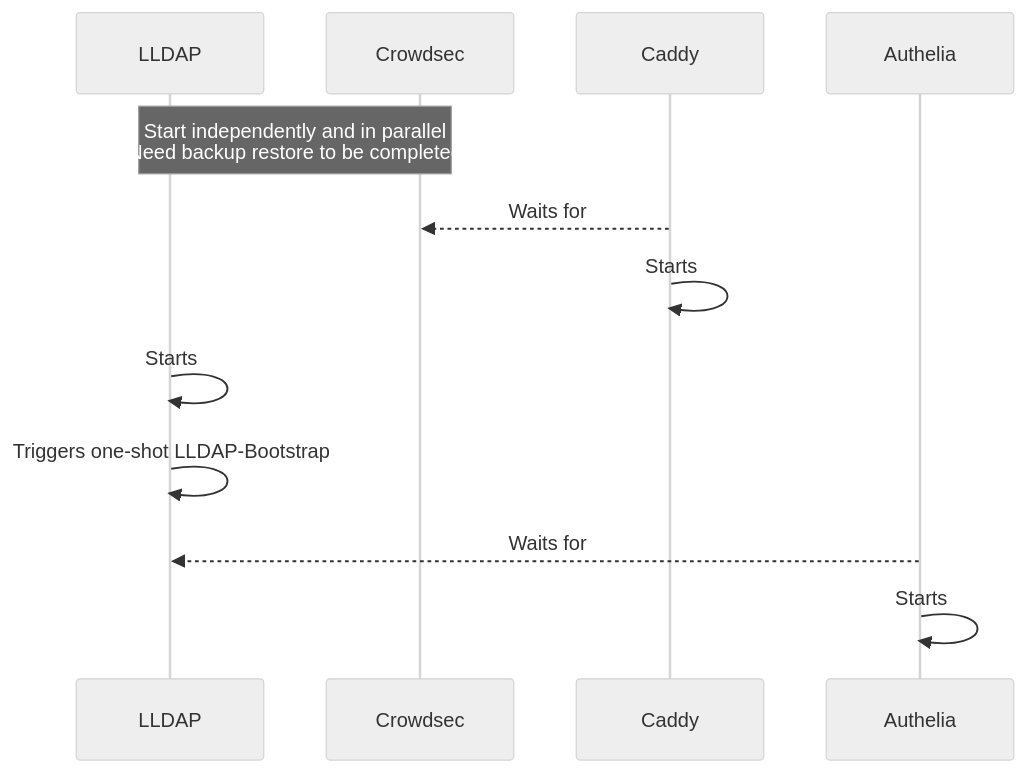
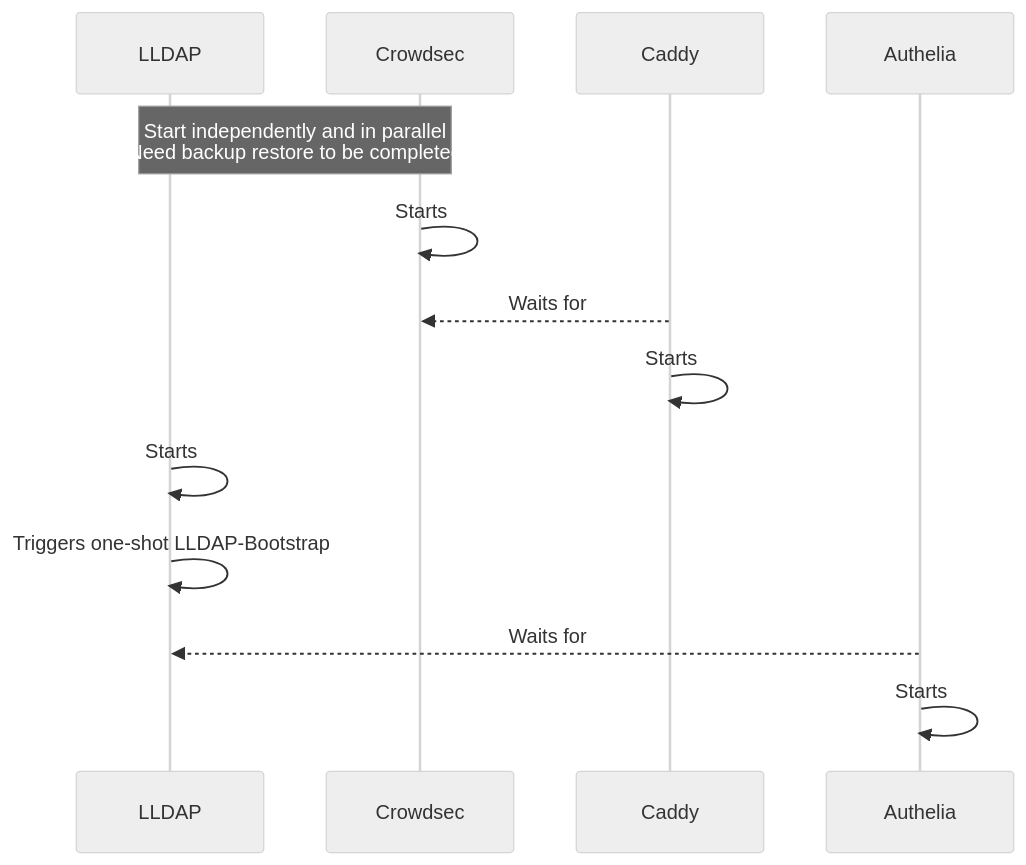
One commit to vic1707/homelab-config changed the diagram in vps/telstar/docs.md. Above: the diagram before and after it, drawn with Mermaid (neutral theme). The commit also changed 4 other files, not shown here.

````diff
--- a/vps/telstar/docs.md
+++ b/vps/telstar/docs.md
@@ -3,17 +3,20 @@
 ```mermaid
 sequenceDiagram
     participant LLDAP
     participant Crowdsec
     participant Caddy
     participant Authelia
 
     Note over Crowdsec, LLDAP: Start independently and in parallel<br/>Need backup restore to be completed
 
+    Crowdsec->>Crowdsec: Starts
+
     Caddy-->>Crowdsec: Waits for
     Caddy->>Caddy: Starts
 
     LLDAP->>LLDAP: Starts
     LLDAP->>LLDAP: Triggers one-shot LLDAP-Bootstrap
+
     Authelia-->>LLDAP: Waits for
     Authelia->>Authelia: Starts
 ```
````
